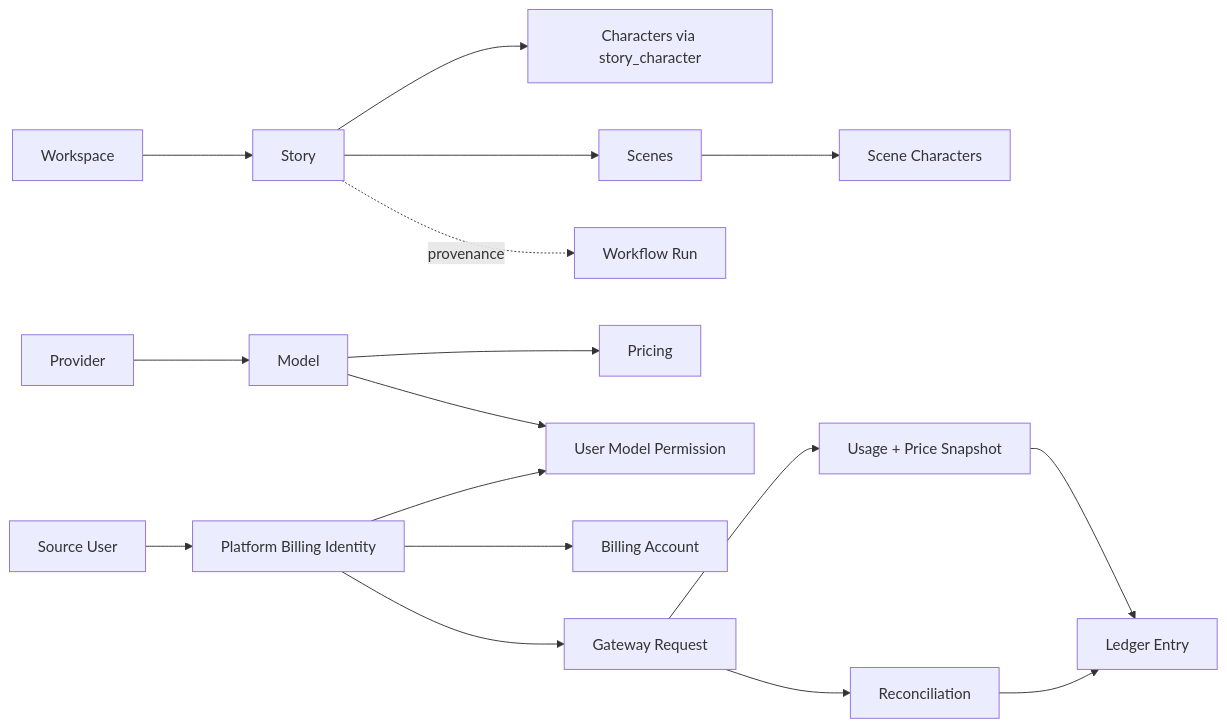
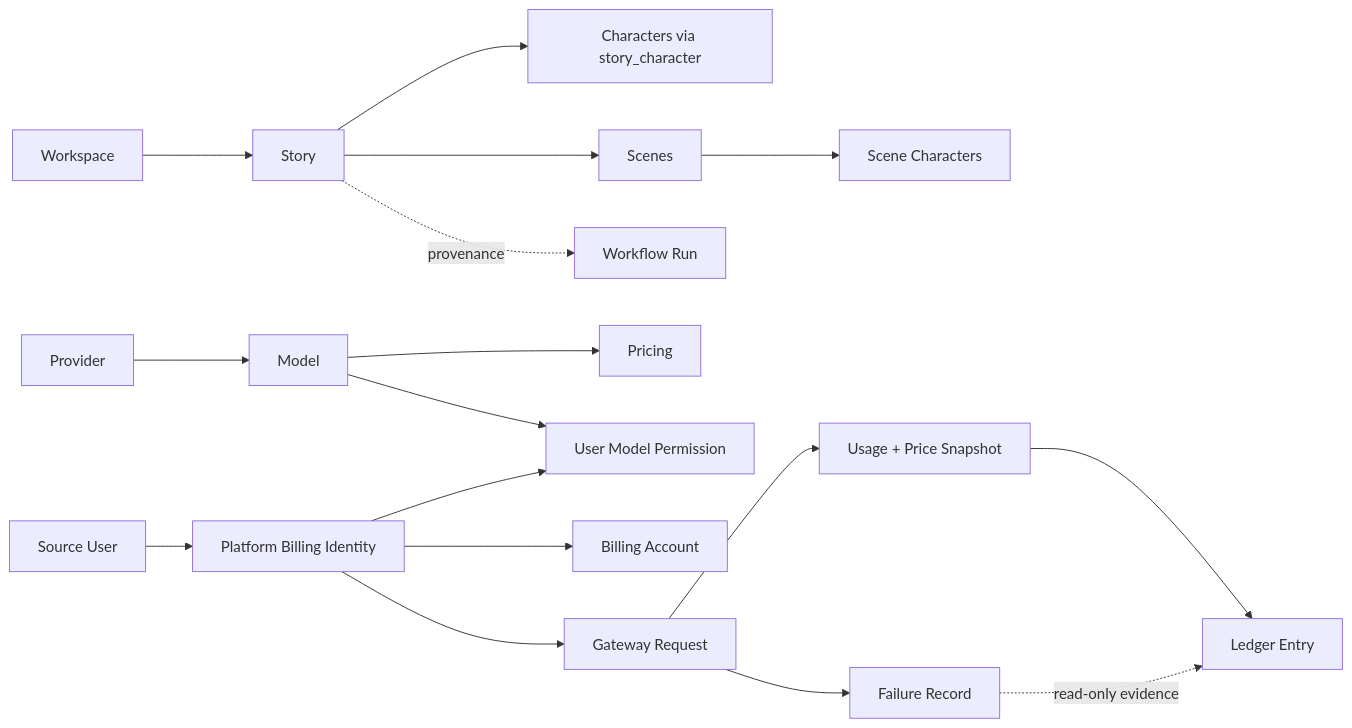
The second of 2 diagrams in docs/prd/ink-memory-admin-prd-v2.md (glide-the/dream-im-platform), drawn with Mermaid before and after one commit. The commit also changed other lines of this file and 33 other files, not shown here.

````diff
--- a/docs/prd/ink-memory-admin-prd-v2.md
+++ b/docs/prd/ink-memory-admin-prd-v2.md
@@ -404,22 +402,22 @@
 ```mermaid
 flowchart LR
   W[Workspace] --> S[Story]
   S --> C[Characters via story_character]
   S --> SC[Scenes]
   SC --> SCC[Scene Characters]
   S -. provenance .-> R[Workflow Run]
 
   P[Provider] --> M[Model]
   M --> PR[Pricing]
   M --> MP[User Model Permission]
 
   U[Source User] --> PU[Platform Billing Identity]
   PU --> MP
   PU --> BA[Billing Account]
   PU --> GR[Gateway Request]
 
   GR --> US[Usage + Price Snapshot]
   US --> LE[Ledger Entry]
-  GR --> RC[Reconciliation]
-  RC --> LE
+  GR --> ER[Failure Record]
+  ER -. "read-only evidence" .-> LE
 ```
````
